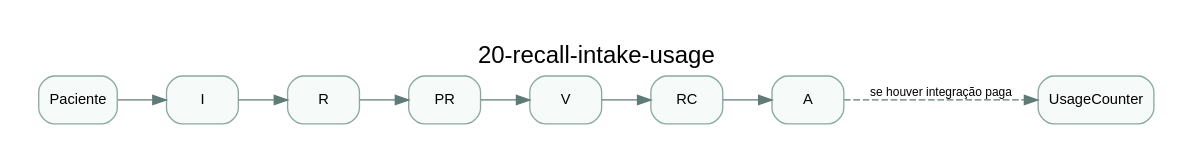
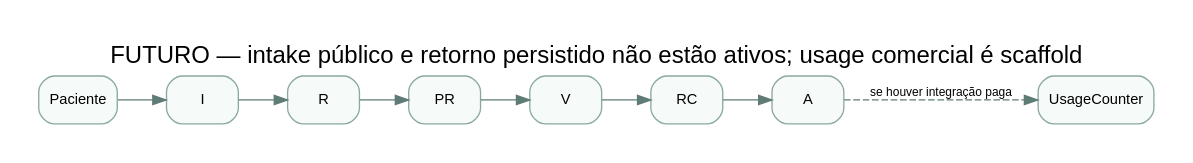
One commit to CristianoRFB/Dentista changed the diagram in docs/versions/v01-multitenant-whitelabel/diagrams/source/20-recall-intake-usage.dot. Above: the diagram before and after it, drawn with Graphviz. The commit also changed 35 other files, not shown here.

```diff
--- a/docs/versions/v01-multitenant-whitelabel/diagrams/source/20-recall-intake-usage.dot
+++ b/docs/versions/v01-multitenant-whitelabel/diagrams/source/20-recall-intake-usage.dot
@@ -1,21 +1,21 @@
 digraph G {
   rankdir=LR;
-  graph [bgcolor="white", pad="0.3", label="20-recall-intake-usage", labelloc=t, fontsize=18, fontname="Arial"];
+  graph [bgcolor="white", pad="0.3", label="FUTURO — intake público e retorno persistido não estão ativos; usage comercial é scaffold", labelloc=t, fontsize=18, fontname="Arial"];
   node [shape=box, style="rounded,filled", fillcolor="#f6faf9", color="#8aa9a3", fontname="Arial", fontsize=11];
   edge [color="#5f7b76", fontname="Arial", fontsize=9];
   "P" [label="Paciente"];
   "I" [label="I"];
   "R" [label="R"];
   "PR" [label="PR"];
   "V" [label="V"];
   "RC" [label="RC"];
   "A" [label="A"];
   "U" [label="UsageCounter"];
   "P" -> "I";
   "I" -> "R";
   "R" -> "PR";
   "PR" -> "V";
   "V" -> "RC";
   "RC" -> "A";
   "A" -> "U" [label="se houver integração paga", style=dashed];
 }
```
